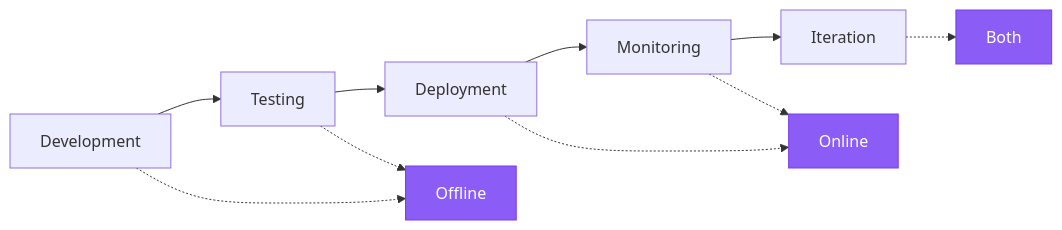
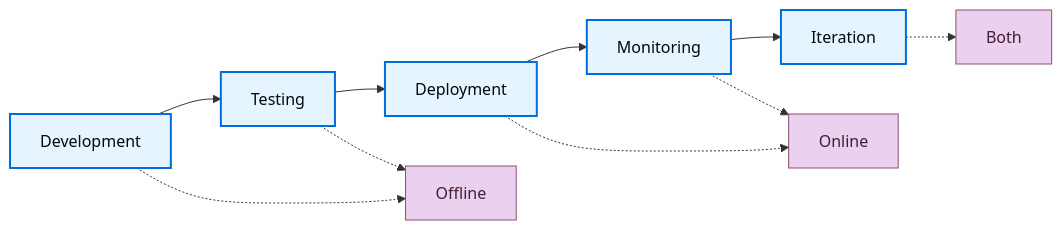
The diagram in build/langsmith/evaluation-concepts.mdx (yehudit-gb/docs), drawn with Mermaid before and after one commit. The commit also changed other lines of this file and 6318 other files, not shown here.

````diff
--- a/build/langsmith/evaluation-concepts.mdx
+++ b/build/langsmith/evaluation-concepts.mdx
@@ -48,17 +48,21 @@
 ```mermaid
 graph LR
     A[Development] --> B[Testing]
     B --> C[Deployment]
     C --> D[Monitoring]
     D --> E[Iteration]
 
     A -.-> F[Offline]
     B -.-> F
     C -.-> G[Online]
     D -.-> G
     E -.-> H[Both]
 
-    style F fill:#8b5cf6,stroke:#7c3aed,color:#fff
-    style G fill:#8b5cf6,stroke:#7c3aed,color:#fff
-    style H fill:#8b5cf6,stroke:#7c3aed,color:#fff
+    classDef process fill:#E5F4FF,stroke:#006DDD,stroke-width:2px,color:#030710
+
+    class A,B,C,D,E process
+
+    style F fill:#EBD0F0,stroke:#885270,color:#441E33
+    style G fill:#EBD0F0,stroke:#885270,color:#441E33
+    style H fill:#EBD0F0,stroke:#885270,color:#441E33
 ```
````
